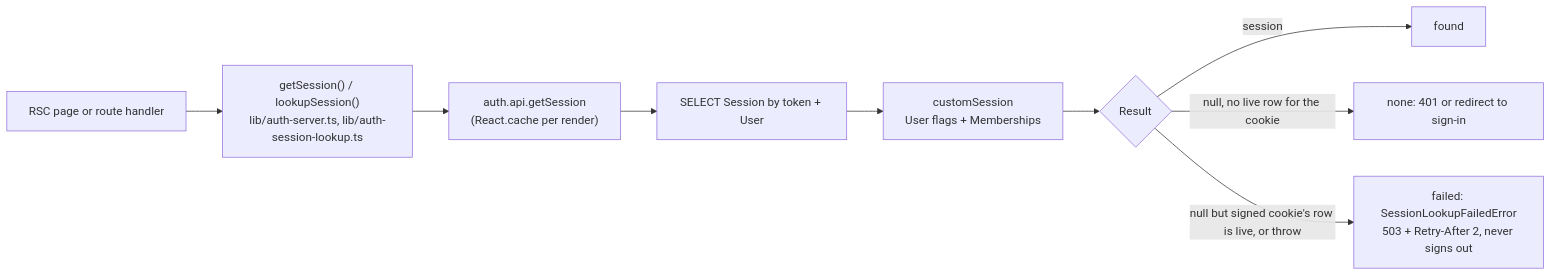
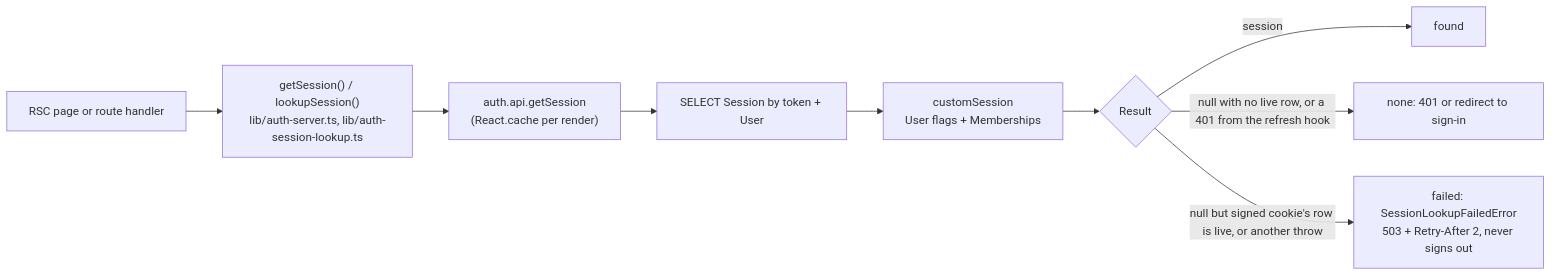
One commit to Practitionist/familiarise_web changed the third of 12 diagrams in docs/authentication/architecture.md. Above: the diagram before and after it, drawn with Mermaid. The commit also changed other lines of this file and 18 other files, not shown here.

````diff
--- a/docs/authentication/architecture.md
+++ b/docs/authentication/architecture.md
@@ -170,11 +171,11 @@
 ```mermaid
 flowchart LR
   A["RSC page or route handler"] --> L["getSession() / lookupSession()<br/>lib/auth-server.ts, lib/auth-session-lookup.ts"]
   L --> BA["auth.api.getSession<br/>(React.cache per render)"]
   BA --> DB["SELECT Session by token + User"]
   DB --> CS["customSession<br/>User flags + Memberships"]
   CS --> R{"Result"}
   R -- session --> OK["found"]
-  R -- "null, no live row for the cookie" --> NONE["none: 401 or redirect to sign-in"]
-  R -- "null but signed cookie's row is live, or throw" --> FAIL["failed: SessionLookupFailedError<br/>503 + Retry-After 2, never signs out"]
+  R -- "null with no live row, or a 401 from the refresh hook" --> NONE["none: 401 or redirect to sign-in"]
+  R -- "null but signed cookie's row is live, or another throw" --> FAIL["failed: SessionLookupFailedError<br/>503 + Retry-After 2, never signs out"]
 ```
````
